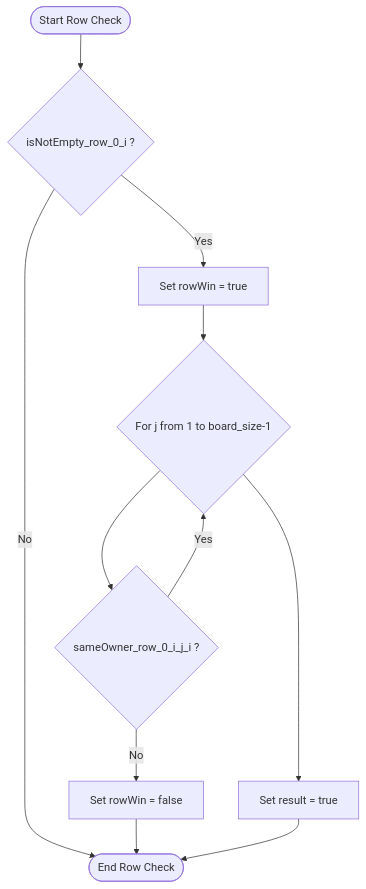
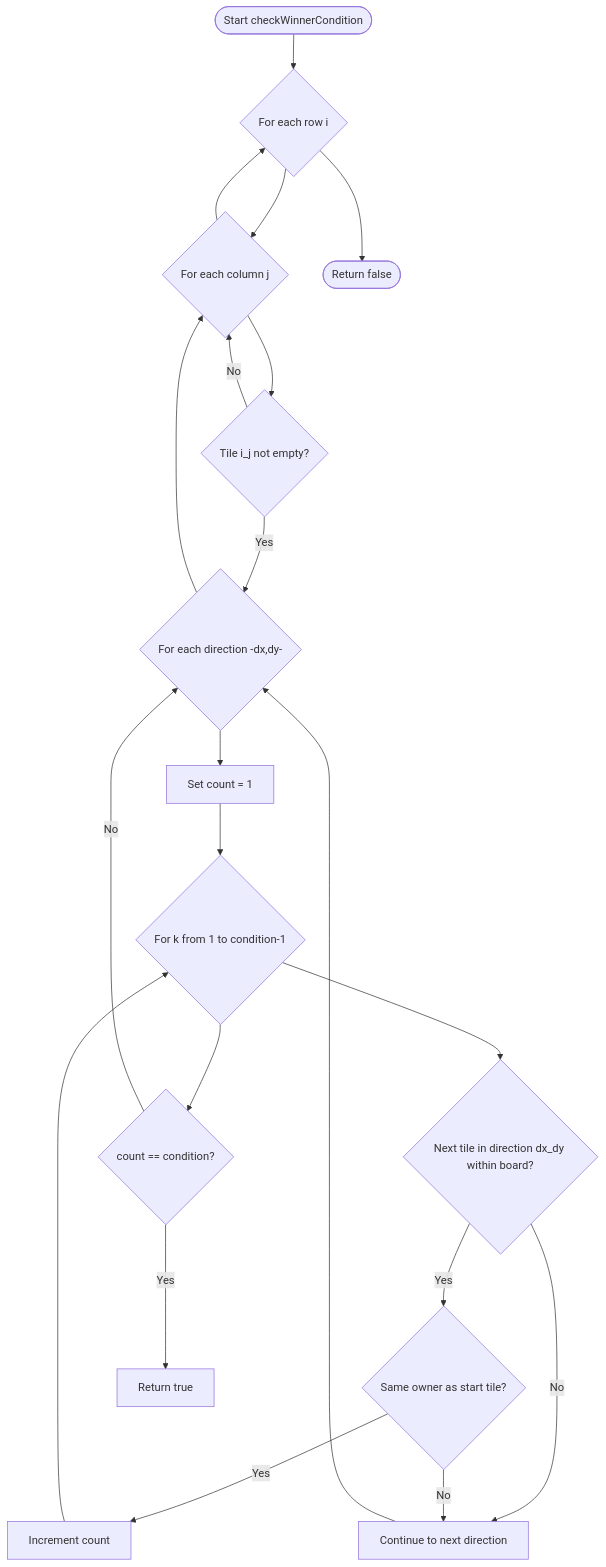
One commit to loic-job-dev/TicTacToe changed the second of 2 diagrams in README.md. Above: the diagram before and after it, drawn with Mermaid. The commit also changed other lines of this file and 53 other files, not shown here.

Commit message:
added a checkWinnerCondition() method

````diff
--- a/README.md
+++ b/README.md
@@ -123,20 +123,38 @@
 ```mermaid
 flowchart TD
-    StartRow([Start Row Check])
-    RowCheck{isNotEmpty_row_0_i ?}
-    RowWin[Set rowWin = true]
-    RowInnerLoop{For j from 1 to board_size-1}
-    RowSameOwner{sameOwner_row_0_i_j_i ?}
-    RowFail[Set rowWin = false]
-    SetResultRow[Set result = true]
-    EndRow([End Row Check])
+    Start([Start checkWinnerCondition])
+    iLoop{For each row i}
+    jLoop{For each column j}
+    TileCheck{Tile i_j not empty?}
+    DirectionsLoop{For each direction -dx,dy-}
+SetCount[Set count = 1]
+kLoop{For k from 1 to condition-1}
+CheckNextTile{Next tile in direction dx_dy within board?}
+SameOwner{Same owner as start tile?}
+IncrementCount[Increment count]
+CountCheck{count == condition?}
+ReturnTrue[Return true]
+ContinueDirection[Continue to next direction]
+End([Return false])
 
-    StartRow --> RowCheck
-    RowCheck -- No --> EndRow
-    RowCheck -- Yes --> RowWin
-    RowWin --> RowInnerLoop
-    RowInnerLoop --> RowSameOwner
-    RowSameOwner -- Yes --> RowInnerLoop
-    RowSameOwner -- No --> RowFail --> EndRow
-    RowInnerLoop --> SetResultRow --> EndRow
+%% Flèches
+Start --> iLoop
+iLoop --> jLoop
+jLoop --> TileCheck
+TileCheck -- No --> jLoop
+TileCheck -- Yes --> DirectionsLoop
+DirectionsLoop --> SetCount
+SetCount --> kLoop
+kLoop --> CheckNextTile
+CheckNextTile -- No --> ContinueDirection
+CheckNextTile -- Yes --> SameOwner
+SameOwner -- Yes --> IncrementCount --> kLoop
+SameOwner -- No --> ContinueDirection
+kLoop --> CountCheck
+CountCheck -- Yes --> ReturnTrue
+CountCheck -- No --> DirectionsLoop
+ContinueDirection --> DirectionsLoop
+DirectionsLoop --> jLoop
+jLoop --> iLoop
+iLoop --> End
 ```
````
